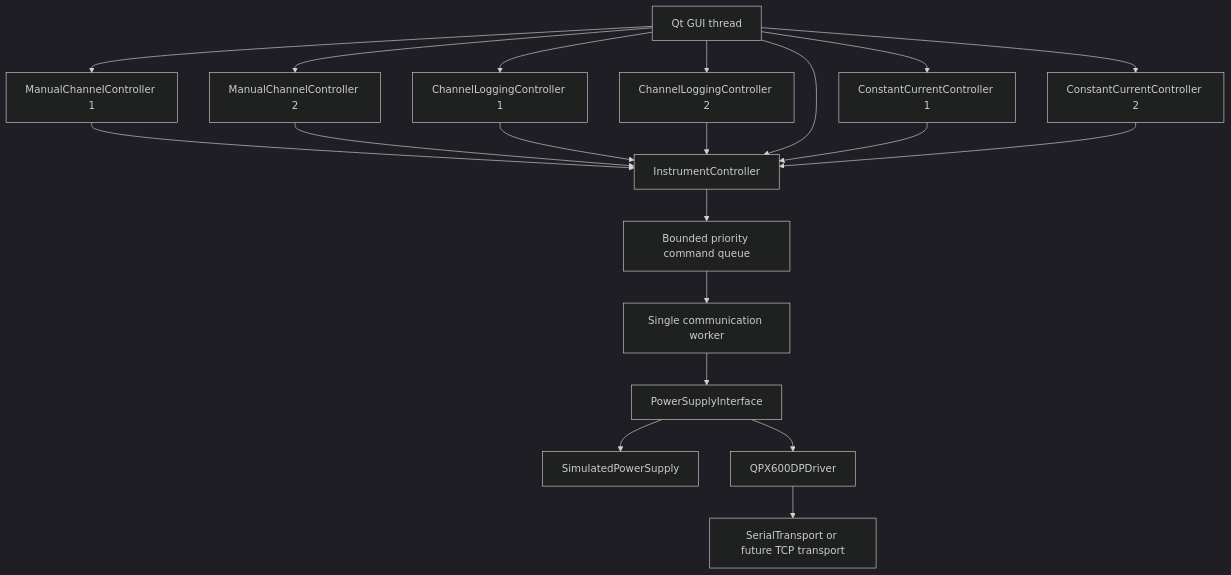
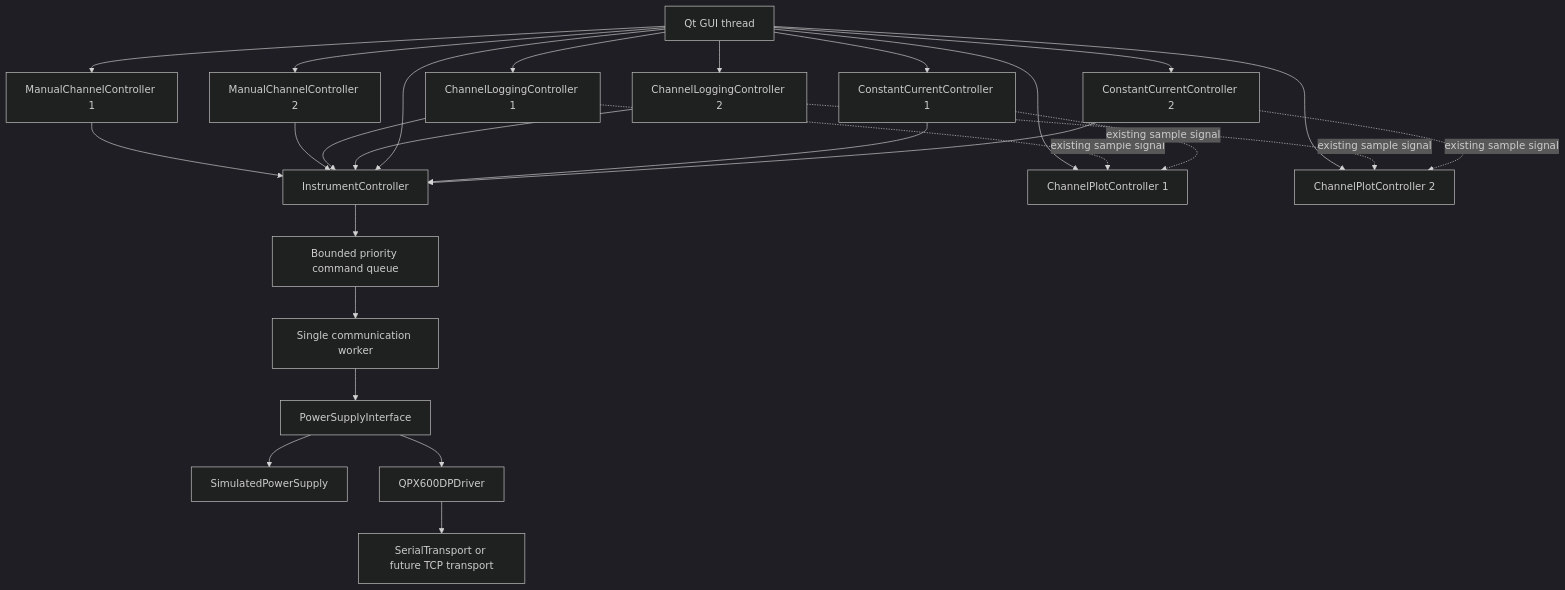
One commit to luna1234-crypto/qpx600dp-electrolyser-control changed the diagram in docs/architecture.md. Above: the diagram before and after it, drawn with Mermaid (dark theme). The commit also changed other lines of this file and 10 other files, not shown here.

````diff
--- a/docs/architecture.md
+++ b/docs/architecture.md
@@ -17,22 +17,28 @@
 ```mermaid
 flowchart TD
     GUI["Qt GUI thread"] --> C1["ManualChannelController 1"]
     GUI --> C2["ManualChannelController 2"]
     GUI --> L1["ChannelLoggingController 1"]
     GUI --> L2["ChannelLoggingController 2"]
     C1 --> IC
     C2 --> IC
     L1 --> IC
     L2 --> IC
     GUI --> E1["ConstantCurrentController 1"]
     GUI --> E2["ConstantCurrentController 2"]
+    GUI --> P1["ChannelPlotController 1"]
+    GUI --> P2["ChannelPlotController 2"]
     GUI --> IC["InstrumentController"]
     E1 --> IC
     E2 --> IC
+    L1 -. existing sample signal .-> P1
+    E1 -. existing sample signal .-> P1
+    L2 -. existing sample signal .-> P2
+    E2 -. existing sample signal .-> P2
     IC --> Q["Bounded priority command queue"]
     Q --> W["Single communication worker"]
     W --> API["PowerSupplyInterface"]
     API --> SIM["SimulatedPowerSupply"]
     API --> QPX["QPX600DPDriver"]
     QPX --> T["SerialTransport or future TCP transport"]
 ```
````
